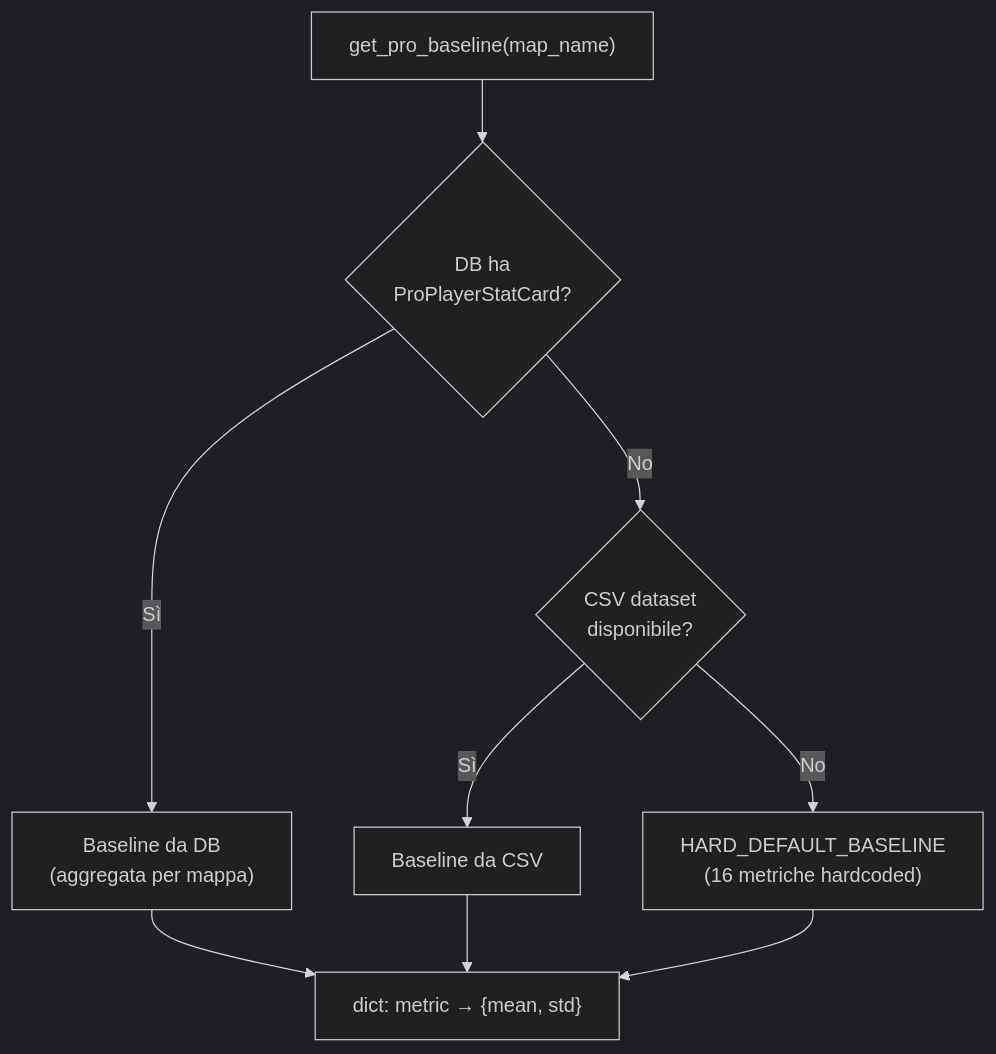
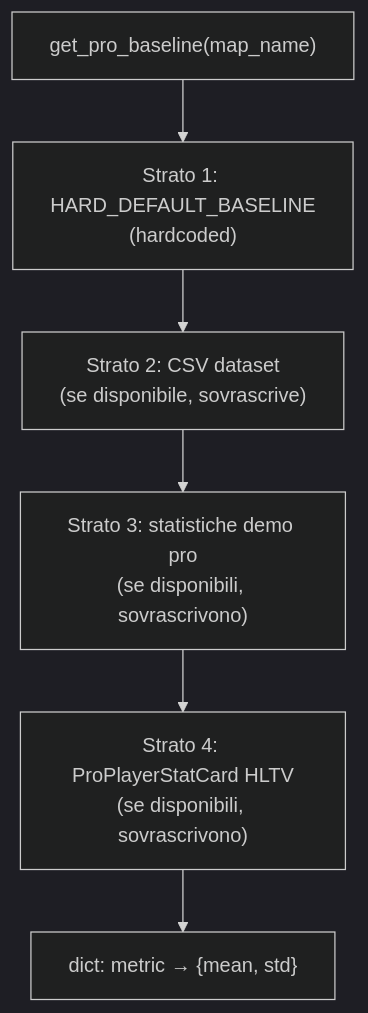
Before and after one commit to renanaugustomacena-ux/Counter-Strike-coach-AI: diagram 33 of 49 in docs/books/Book-Coach-2.md, drawn with Mermaid (dark theme). The commit also changed other lines of this file and 4 other files, not shown here.

````diff
--- a/docs/books/Book-Coach-2.md
+++ b/docs/books/Book-Coach-2.md
@@ -1604,11 +1594,8 @@
 ```mermaid
 flowchart TB
-    REQ["get_pro_baseline(map_name)"] --> DB{"DB ha<br/>ProPlayerStatCard?"}
-    DB -->|"Sì"| DBBL["Baseline da DB<br/>(aggregata per mappa)"]
-    DB -->|"No"| CSV{"CSV dataset<br/>disponibile?"}
-    CSV -->|"Sì"| CSVBL["Baseline da CSV"]
-    CSV -->|"No"| HARD["HARD_DEFAULT_BASELINE<br/>(16 metriche hardcoded)"]
-    DBBL --> OUT["dict: metric → {mean, std}"]
-    CSVBL --> OUT
-    HARD --> OUT
+    REQ["get_pro_baseline(map_name)"] --> HARD["Strato 1: HARD_DEFAULT_BASELINE<br/>(hardcoded)"]
+    HARD --> CSV["Strato 2: CSV dataset<br/>(se disponibile, sovrascrive)"]
+    CSV --> DEMO["Strato 3: statistiche demo pro<br/>(se disponibili, sovrascrivono)"]
+    DEMO --> HLTV["Strato 4: ProPlayerStatCard HLTV<br/>(se disponibili, sovrascrivono)"]
+    HLTV --> OUT["dict: metric → {mean, std}"]
 ```
````
